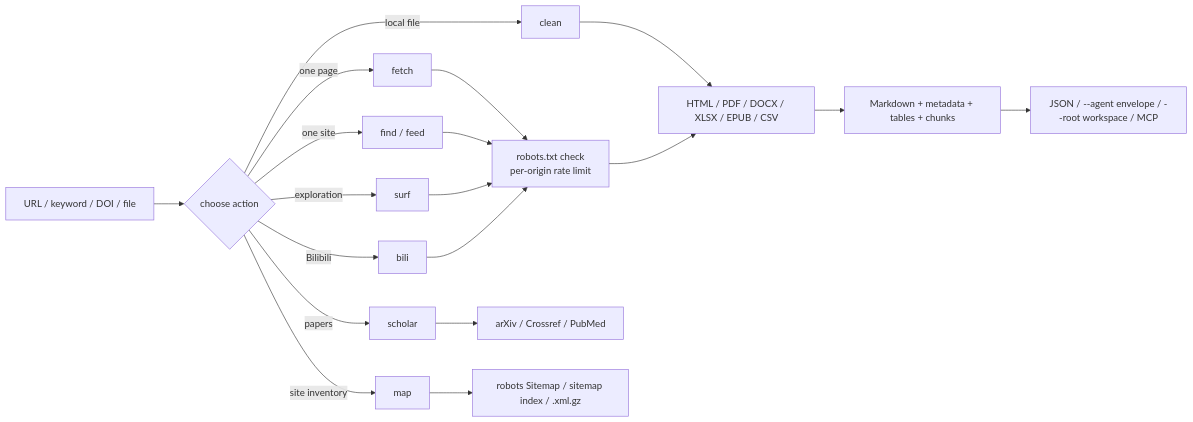
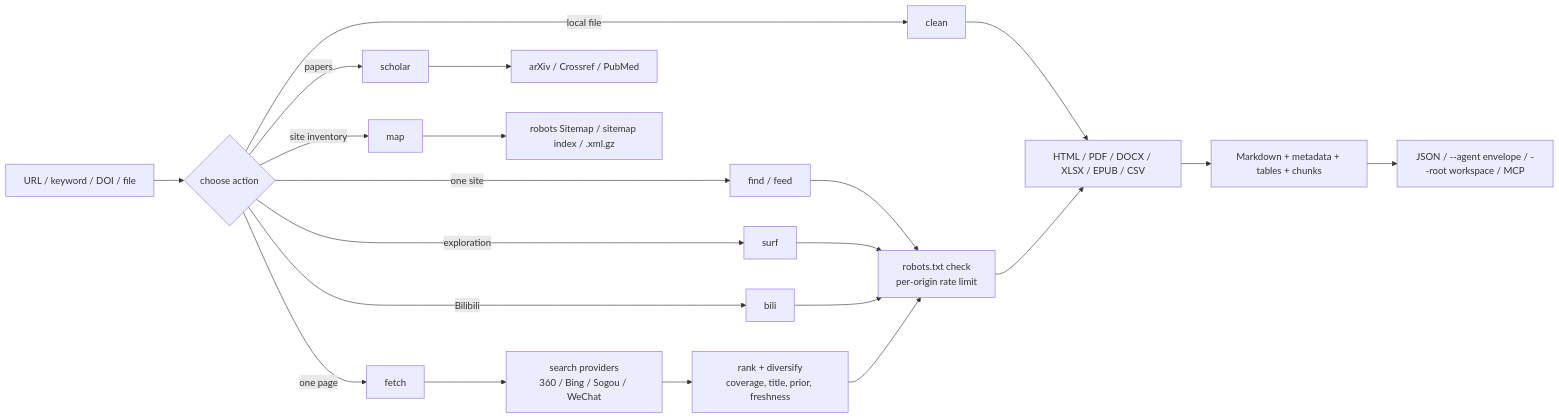
One commit to JiamingShi-JsPhys/web-forager changed the diagram in README.md. Above: the diagram before and after it, drawn with Mermaid. The commit also changed other lines of this file and 53 other files, not shown here.

````diff
--- a/README.md
+++ b/README.md
@@ -202,22 +245,24 @@
 ```mermaid
 flowchart LR
     IN["URL / keyword / DOI / file"] --> SEL{"choose action"}
     SEL -->|one page| F["fetch"]
     SEL -->|one site| FD["find / feed"]
     SEL -->|local file| C["clean"]
     SEL -->|papers| S["scholar"]
     SEL -->|site inventory| M["map"]
     SEL -->|exploration| W["surf"]
     SEL -->|Bilibili| B["bili"]
 
-    F --> HTTP["robots.txt check<br/>per-origin rate limit"]
+    F --> SEARCH["search providers<br/>360 / Bing / Sogou / WeChat"]
     FD --> HTTP
     C --> EXT["HTML / PDF / DOCX / XLSX / EPUB / CSV"]
     S --> API["arXiv / Crossref / PubMed"]
     M --> SM["robots Sitemap / sitemap index / .xml.gz"]
     W --> HTTP
     B --> HTTP
+    SEARCH --> RANK["rank + diversify<br/>coverage, title, prior, freshness"]
+    RANK --> HTTP["robots.txt check<br/>per-origin rate limit"]
     HTTP --> EXT
     EXT --> MD["Markdown + metadata + tables + chunks"]
     MD --> OUT["JSON / --agent envelope / --root workspace / MCP"]
 ```
````
